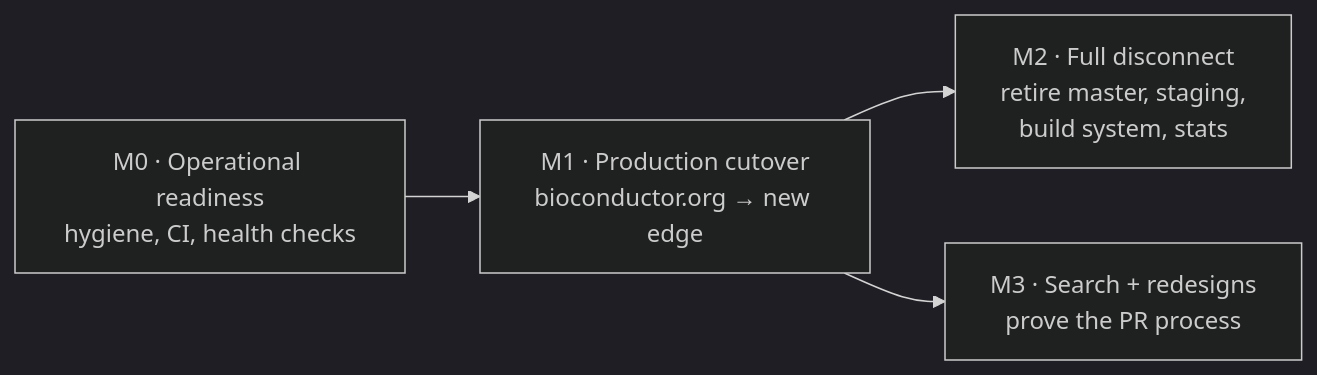
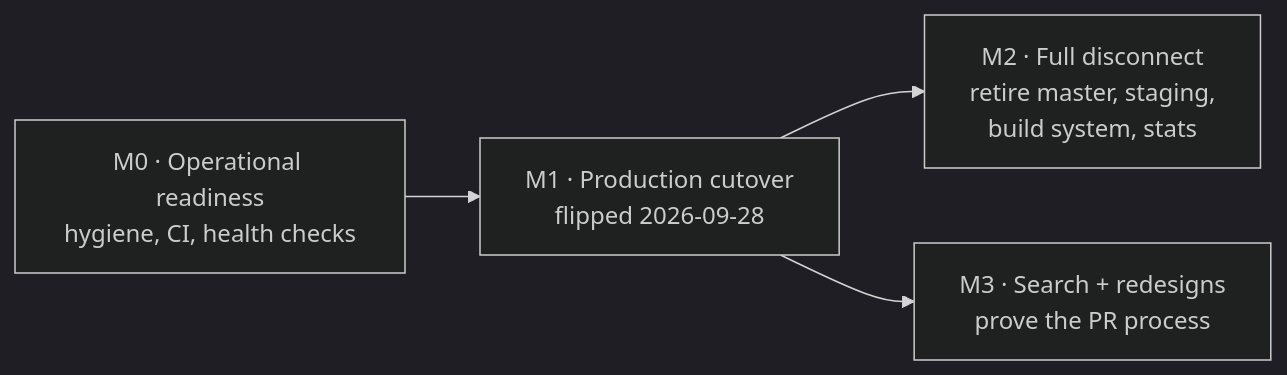
One commit to seandavi/bioc-infrastructure changed the diagram in roadmap.qmd. Above: the diagram before and after it, drawn with Mermaid (dark theme). The commit also changed other lines of this file, not shown here.

First line of the commit message:
Roadmap: M1 is flipped; restate what remains after the cutover

````diff
--- a/roadmap.qmd
+++ b/roadmap.qmd
@@ -11,6 +12,6 @@
 ```{mermaid}
 flowchart LR
-  M0["M0 · Operational readiness<br/>hygiene, CI, health checks"] --> M1["M1 · Production cutover<br/>bioconductor.org → new edge"]
+  M0["M0 · Operational readiness<br/>hygiene, CI, health checks"] --> M1["M1 · Production cutover<br/>flipped 2026-09-28"]
   M1 --> M2["M2 · Full disconnect<br/>retire master, staging,<br/>build system, stats"]
   M1 --> M3["M3 · Search + redesigns<br/>prove the PR process"]
 ```
````
